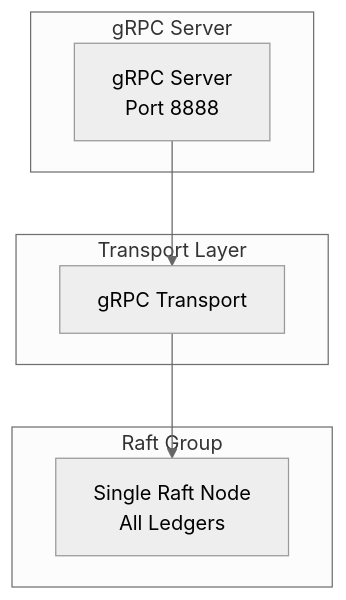
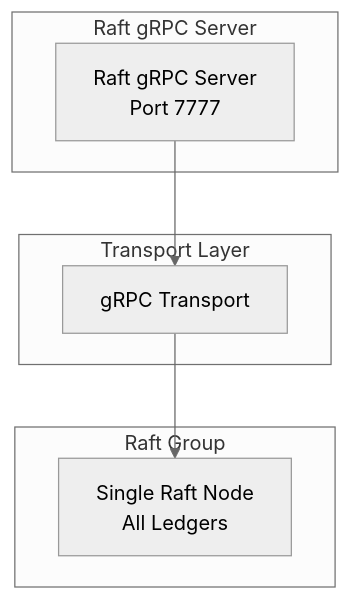
One commit to formancehq/ledger changed the second of 4 diagrams in docs/architecture/raft-consensus.md. Above: the diagram before and after it, drawn with Mermaid (neutral theme). The commit also changed other lines of this file and 10 other files, not shown here.

First line of the commit message:
docs: fix outdated architecture documentation across 10 files

````diff
--- a/docs/architecture/raft-consensus.md
+++ b/docs/architecture/raft-consensus.md
@@ -116,17 +120,17 @@
 ```mermaid
 graph TB
-    subgraph "gRPC Server"
-        GRPC[gRPC Server<br/>Port 8888]
+    subgraph "Raft gRPC Server"
+        GRPC[Raft gRPC Server<br/>Port 7777]
     end
-    
+
     subgraph "Transport Layer"
         Transport[gRPC Transport]
     end
-    
+
     subgraph "Raft Group"
         RaftNode[Single Raft Node<br/>All Ledgers]
     end
-    
+
     GRPC --> Transport
     Transport --> RaftNode
 ```
````
